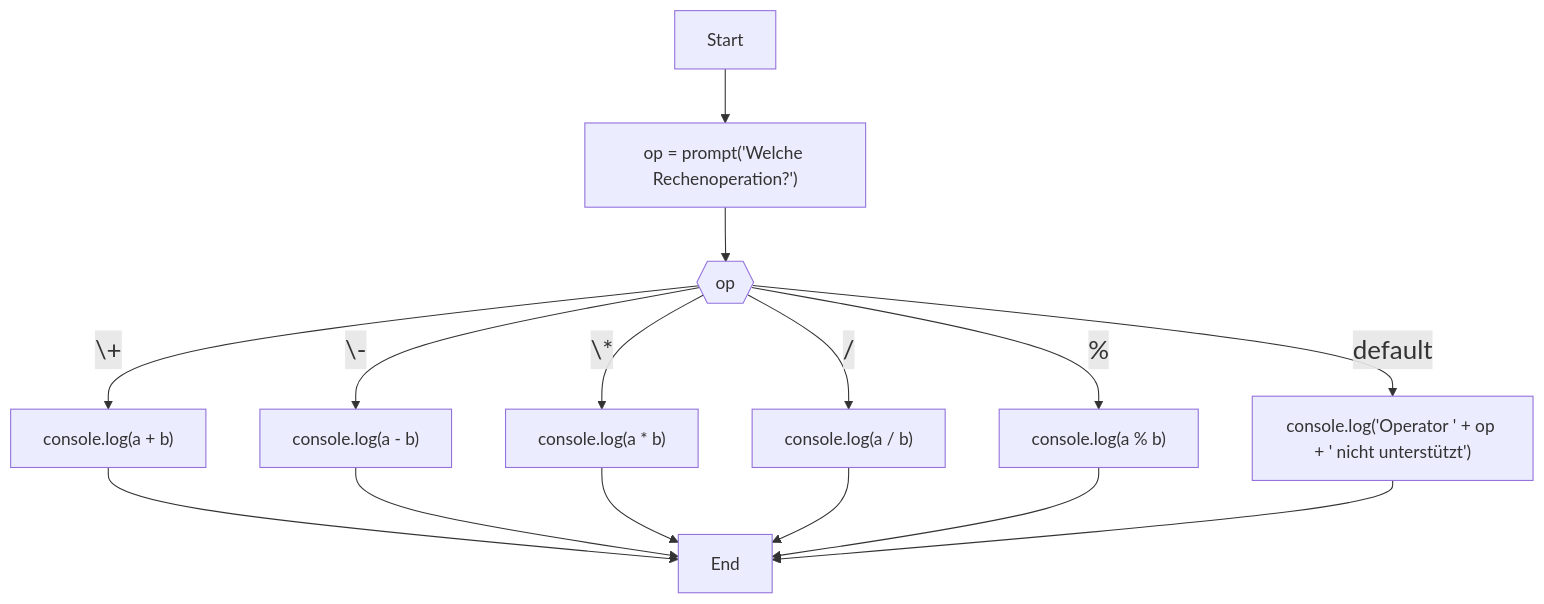
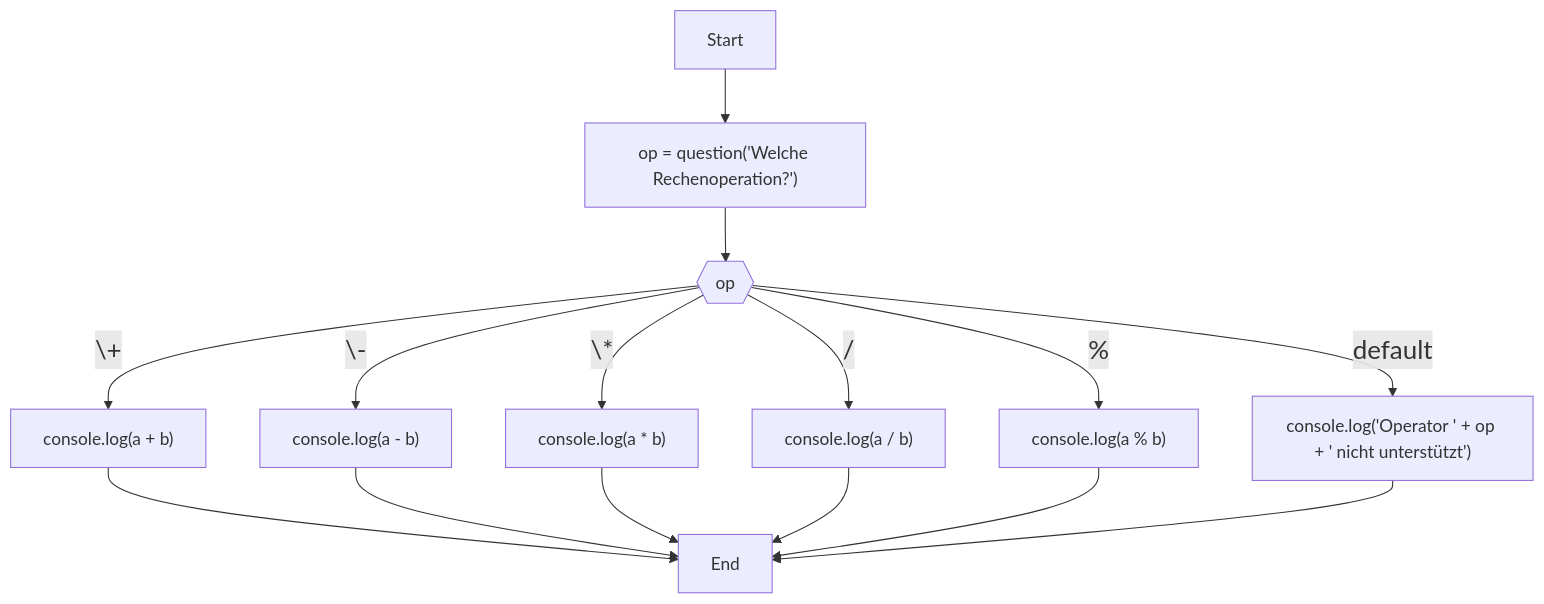
One commit to behrends/workshops changed the diagram in content/prog/04-if-switch/02-switch.mdx. Above: the diagram before and after it, drawn with Mermaid. The commit also changed other lines of this file and 2 other files, not shown here.

````diff
--- a/content/prog/04-if-switch/02-switch.mdx
+++ b/content/prog/04-if-switch/02-switch.mdx
@@ -62,18 +62,18 @@
 ```mermaid
 flowchart TD
-  A[Start] --> B["op = prompt('Welche Rechenoperation?')"]
+  A[Start] --> B["op = question('Welche Rechenoperation?')"]
   B --> C{{op}}
   C -->|\+| D["console.log(a + b)"]
   D --> E[End]
   C -->|\-| F["console.log(a - b)"]
   F --> E
   C -->|\*| G["console.log(a * b)"]
   G --> E
   C -->|/| H["console.log(a / b)"]
   H --> E
   C -->|%| I["console.log(a % b)"]
   I --> E
   C -->|default| J["console.log('Operator ' + op + ' nicht unterstützt')"]
   J --> E
   linkStyle default font-size:24px
 ```
````
